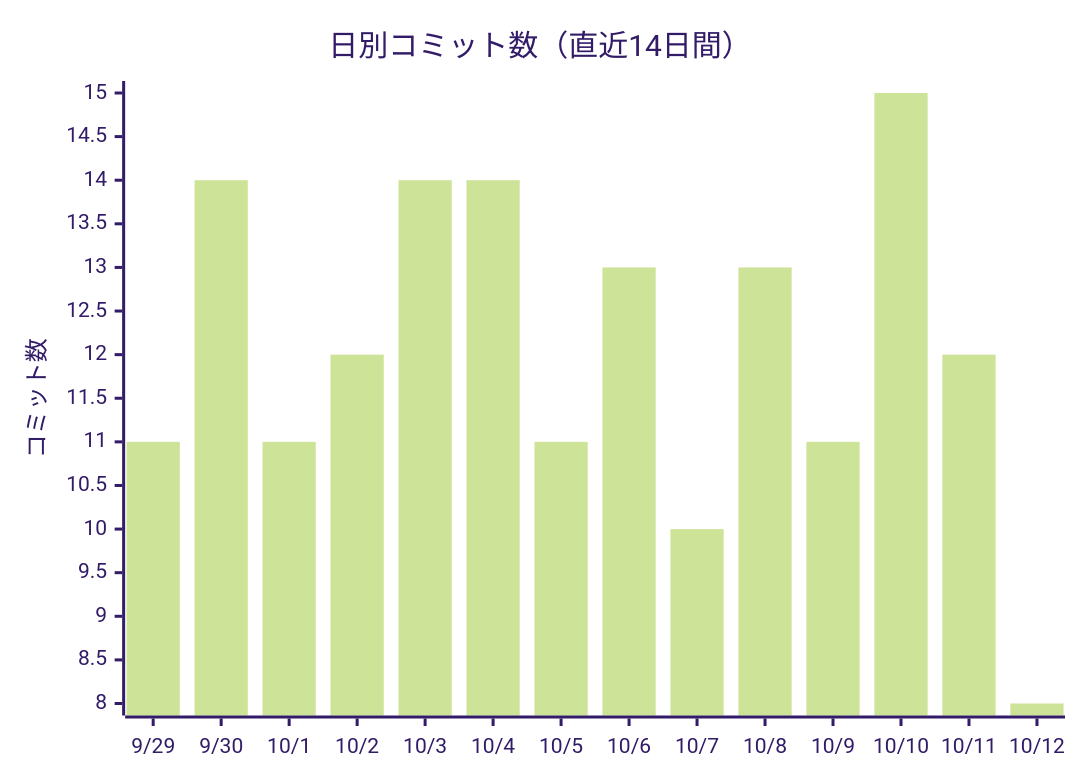
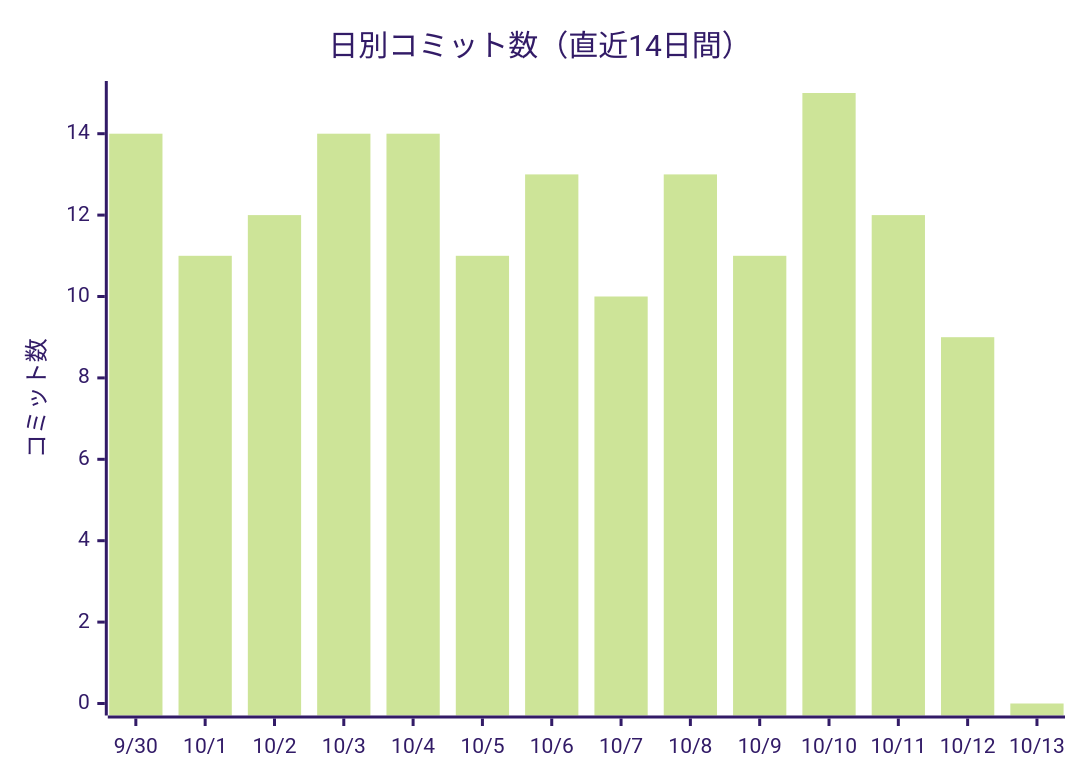
Before and after one commit to non-x2/non-x2: the first of 2 diagrams in docs/進化レポート.md, drawn with Mermaid (forest theme). The commit also changed other lines of this file and 3 other files, not shown here.

````diff
--- a/docs/進化レポート.md
+++ b/docs/進化レポート.md
@@ -23,7 +23,7 @@
 ```mermaid
 xychart-beta
     title "日別コミット数（直近14日間）"
-    x-axis ["9/29", "9/30", "10/1", "10/2", "10/3", "10/4", "10/5", "10/6", "10/7", "10/8", "10/9", "10/10", "10/11", "10/12"]
+    x-axis ["9/30", "10/1", "10/2", "10/3", "10/4", "10/5", "10/6", "10/7", "10/8", "10/9", "10/10", "10/11", "10/12", "10/13"]
     y-axis "コミット数"
-    bar [11, 14, 11, 12, 14, 14, 11, 13, 10, 13, 11, 15, 12, 8]
+    bar [14, 11, 12, 14, 14, 11, 13, 10, 13, 11, 15, 12, 9, 0]
 ```
````
